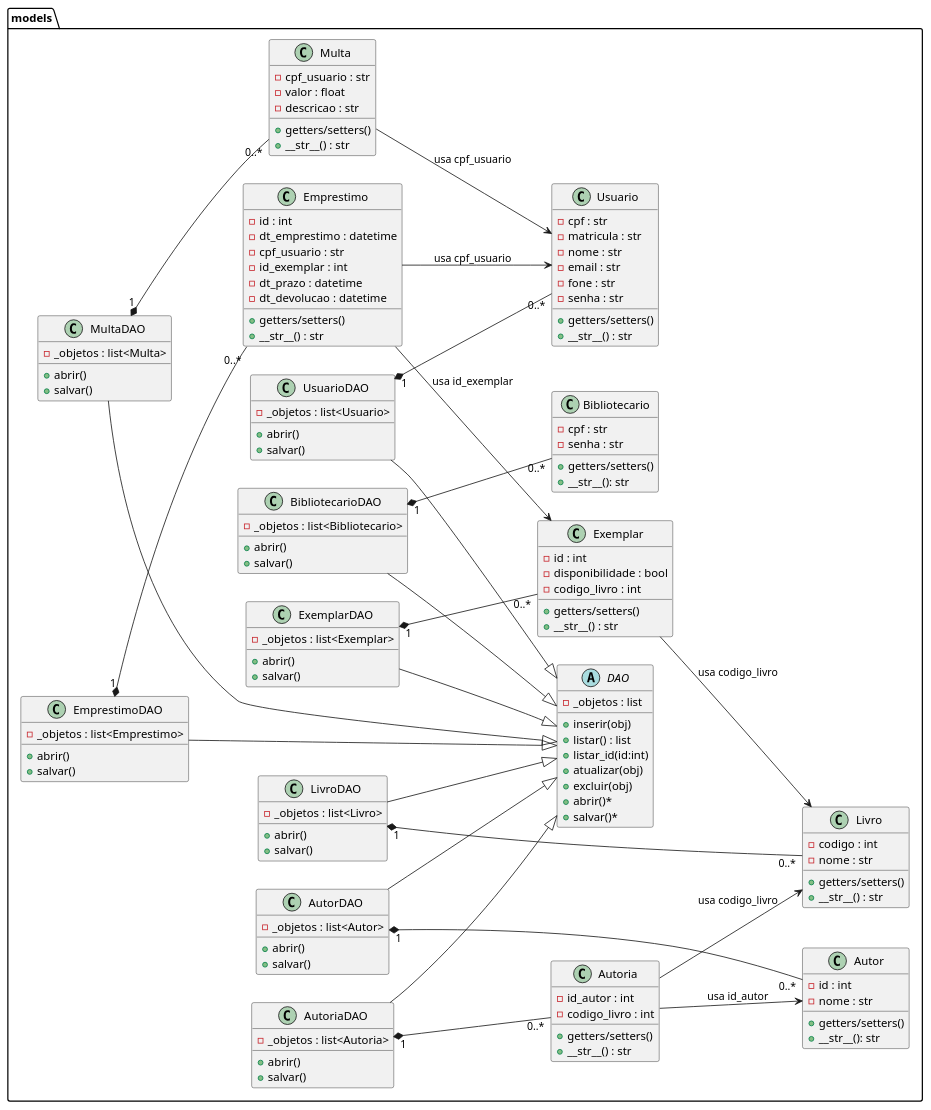
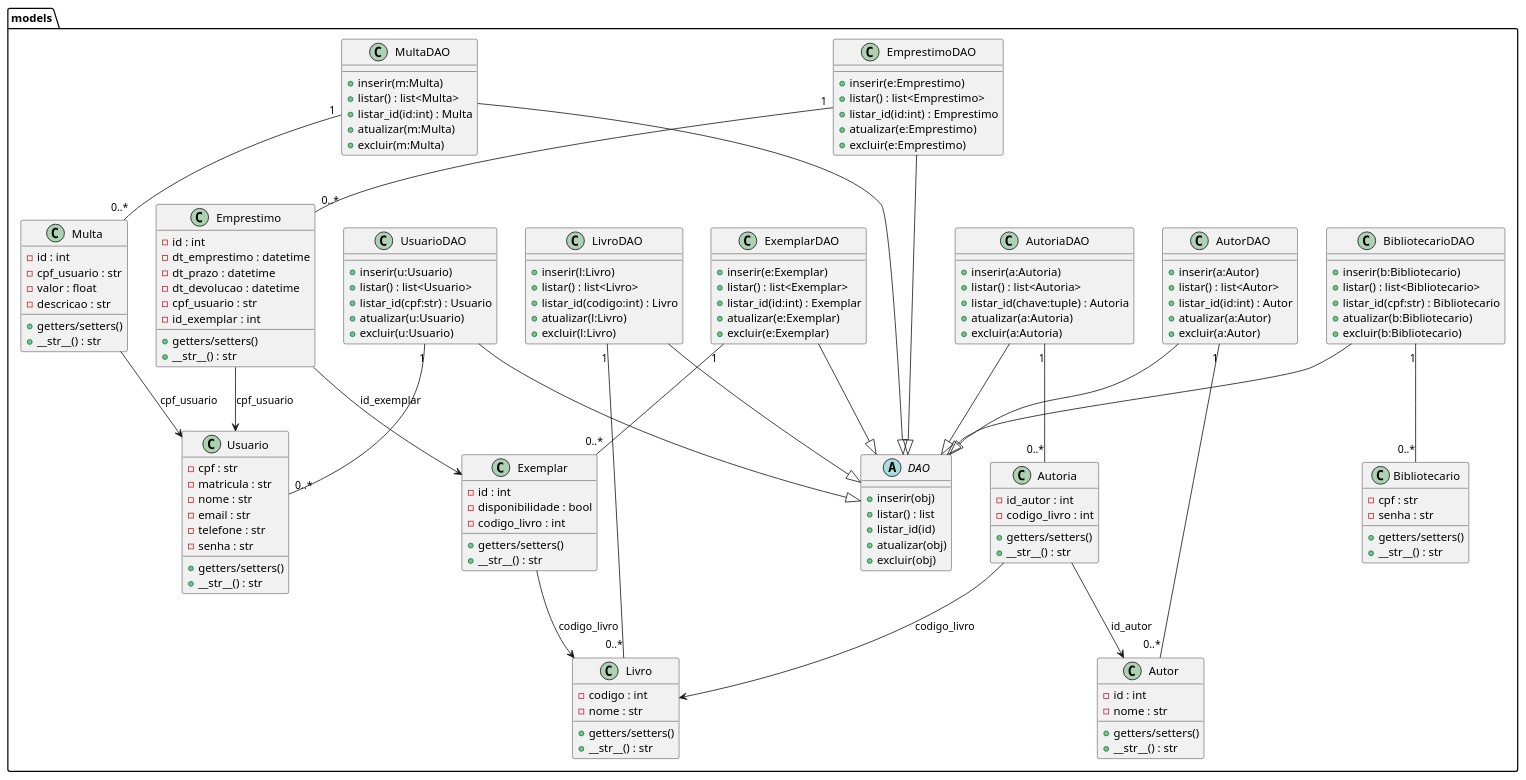
Before and after one commit to ViniciusC-Moura/bibliotechv2: the diagram in docs/diagrama-de-classes/classes_editavel.puml, drawn with PlantUML. The commit also changed 24 other files, not shown here.

```diff
--- a/docs/diagrama-de-classes/classes_editavel.puml
+++ b/docs/diagrama-de-classes/classes_editavel.puml
@@ -1,164 +1,177 @@
 @startuml
-left to right direction
 
 package "models" {
-  class Bibliotecario{
+
+  class Bibliotecario {
     - cpf : str
     - senha : str
     + getters/setters()
-    + __str__(): str
+    + __str__() : str
   }
 
   class Usuario {
     - cpf : str
     - matricula : str
     - nome : str
     - email : str
-    - fone : str
+    - telefone : str
     - senha : str
     + getters/setters()
     + __str__() : str
   }
-  
-  class Multa{
-    - cpf_usuario : str
-    - valor : float
-    - descricao : str
-    + getters/setters()
-    + __str__() : str
-  }
 
-  class Emprestimo {
+  class Autor {
     - id : int
-    - dt_emprestimo : datetime
-    - cpf_usuario : str
-    - id_exemplar : int
-    - dt_prazo : datetime
-    - dt_devolucao : datetime
-    + getters/setters()
-    + __str__() : str
-  }
-
-  class Exemplar {
-    - id : int
-    - disponibilidade : bool
-    - codigo_livro : int
+    - nome : str
     + getters/setters()
     + __str__() : str
   }
 
   class Livro {
     - codigo : int
     - nome : str
     + getters/setters()
     + __str__() : str
   }
 
   class Autoria {
     - id_autor : int
     - codigo_livro : int
     + getters/setters()
     + __str__() : str
   }
 
-  class Autor {
+  class Exemplar {
     - id : int
-    - nome : str
+    - disponibilidade : bool
+    - codigo_livro : int
     + getters/setters()
-    + __str__(): str
+    + __str__() : str
+  }
+
+  class Emprestimo {
+    - id : int
+    - dt_emprestimo : datetime
+    - dt_prazo : datetime
+    - dt_devolucao : datetime
+    - cpf_usuario : str
+    - id_exemplar : int
+    + getters/setters()
+    + __str__() : str
+  }
+
+  class Multa {
+    - id : int
+    - cpf_usuario : str
+    - valor : float
+    - descricao : str
+    + getters/setters()
+    + __str__() : str
   }
 
   abstract class DAO {
-    - _objetos : list
     + inserir(obj)
     + listar() : list
-    + listar_id(id:int)
+    + listar_id(id)
     + atualizar(obj)
     + excluir(obj)
-    + abrir()*
-    + salvar()*
   }
 
   class BibliotecarioDAO {
-    - _objetos : list<Bibliotecario>
-    + abrir()
-    + salvar()
+    + inserir(b:Bibliotecario)
+    + listar() : list<Bibliotecario>
+    + listar_id(cpf:str) : Bibliotecario
+    + atualizar(b:Bibliotecario)
+    + excluir(b:Bibliotecario)
   }
 
   class UsuarioDAO {
-    - _objetos : list<Usuario>
-    + abrir()
-    + salvar()
+    + inserir(u:Usuario)
+    + listar() : list<Usuario>
+    + listar_id(cpf:str) : Usuario
+    + atualizar(u:Usuario)
+    + excluir(u:Usuario)
   }
-  
-  class MultaDAO {
-    - _objetos : list<Multa>
-    + abrir()
-    + salvar() 
+
+  class AutorDAO {
+    + inserir(a:Autor)
+    + listar() : list<Autor>
+    + listar_id(id:int) : Autor
+    + atualizar(a:Autor)
+    + excluir(a:Autor)
+  }
+
+  class LivroDAO {
+    + inserir(l:Livro)
+    + listar() : list<Livro>
+    + listar_id(codigo:int) : Livro
+    + atualizar(l:Livro)
+    + excluir(l:Livro)
+  }
+
+  class AutoriaDAO {
+    + inserir(a:Autoria)
+    + listar() : list<Autoria>
+    + listar_id(chave:tuple) : Autoria
+    + atualizar(a:Autoria)
+    + excluir(a:Autoria)
+  }
+
+  class ExemplarDAO {
+    + inserir(e:Exemplar)
+    + listar() : list<Exemplar>
+    + listar_id(id:int) : Exemplar
+    + atualizar(e:Exemplar)
+    + excluir(e:Exemplar)
   }
 
   class EmprestimoDAO {
-    - _objetos : list<Emprestimo>
-    + abrir()
-    + salvar()
+    + inserir(e:Emprestimo)
+    + listar() : list<Emprestimo>
+    + listar_id(id:int) : Emprestimo
+    + atualizar(e:Emprestimo)
+    + excluir(e:Emprestimo)
   }
 
-  class ExemplarDAO {
-    - _objetos : list<Exemplar>
-    + abrir()
-    + salvar()
-  }
-
-  class LivroDAO {
-    - _objetos : list<Livro>
-    + abrir()
-    + salvar()
-  }
-  
-  class AutoriaDAO {
-    - _objetos : list<Autoria>
-    + abrir()
-    + salvar()
-  }
-
-  class AutorDAO {
-    - _objetos : list<Autor>
-    + abrir()
-    + salvar()
+  class MultaDAO {
+    + inserir(m:Multa)
+    + listar() : list<Multa>
+    + listar_id(id:int) : Multa
+    + atualizar(m:Multa)
+    + excluir(m:Multa)
   }
 
   BibliotecarioDAO --|> DAO
   UsuarioDAO --|> DAO
-  MultaDAO --|> DAO
-  EmprestimoDAO --|> DAO
-  ExemplarDAO --|> DAO
+  AutorDAO --|> DAO
   LivroDAO --|> DAO
   AutoriaDAO --|> DAO
-  AutorDAO --|> DAO
+  ExemplarDAO --|> DAO
+  EmprestimoDAO --|> DAO
+  MultaDAO --|> DAO
 }
 
-
 '==========================
-' RELAÇÕES
+' RELAÇÕES ENTRE ENTIDADES
 '==========================
 
-BibliotecarioDAO "1" *-- "0..*" Bibliotecario
-UsuarioDAO "1" *-- "0..*" Usuario
-MultaDAO "1" *-- "0..*" Multa
-EmprestimoDAO "1" *-- "0..*" Emprestimo
-ExemplarDAO "1" *-- "0..*" Exemplar
-LivroDAO "1" *-- "0..*" Livro
-AutoriaDAO "1" *-- "0..*" Autoria
-AutorDAO "1" *-- "0..*" Autor
+BibliotecarioDAO "1" -- "0..*" Bibliotecario
+UsuarioDAO "1" -- "0..*" Usuario
+AutorDAO "1" -- "0..*" Autor
+LivroDAO "1" -- "0..*" Livro
+AutoriaDAO "1" -- "0..*" Autoria
+ExemplarDAO "1" -- "0..*" Exemplar
+EmprestimoDAO "1" -- "0..*" Emprestimo
+MultaDAO "1" -- "0..*" Multa
 
-Emprestimo --> Usuario : usa cpf_usuario
-Emprestimo --> Exemplar : usa id_exemplar
+Emprestimo --> Usuario : cpf_usuario
+Emprestimo --> Exemplar : id_exemplar
 
-Exemplar --> Livro : usa codigo_livro
+Exemplar --> Livro : codigo_livro
 
-Autoria --> Livro : usa codigo_livro
-Autoria --> Autor : usa id_autor
+Autoria --> Autor : id_autor
+Autoria --> Livro : codigo_livro
 
-Multa --> Usuario : usa cpf_usuario
+Multa --> Usuario : cpf_usuario
 
 @enduml
```
